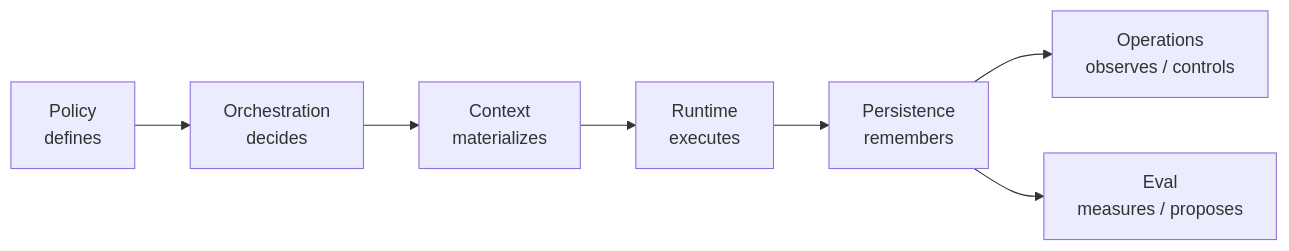
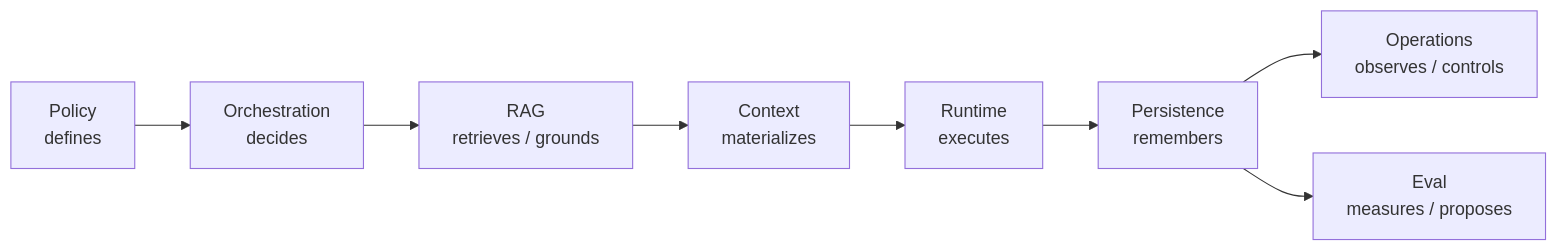
Before and after one commit to DarumaPPAP/UnityAgent: the first of 5 diagrams in docs/architecture/architecture.md, drawn with Mermaid. The commit also changed other lines of this file and 86 other files, not shown here.

````diff
--- a/docs/architecture/architecture.md
+++ b/docs/architecture/architecture.md
@@ -38,9 +39,10 @@
 ```mermaid
 flowchart LR
     P[Policy<br/>defines] --> O[Orchestration<br/>decides]
-    O --> C[Context<br/>materializes]
-    C --> R[Runtime<br/>executes]
-    R --> S[Persistence<br/>remembers]
+    O --> R[RAG<br/>retrieves / grounds]
+    R --> C[Context<br/>materializes]
+    C --> RT[Runtime<br/>executes]
+    RT --> S[Persistence<br/>remembers]
     S --> OP[Operations<br/>observes / controls]
     S --> E[Eval<br/>measures / proposes]
 ```
````
